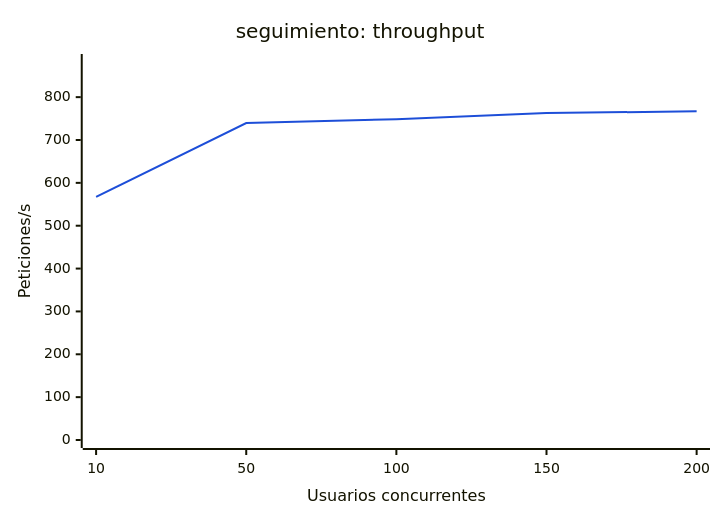
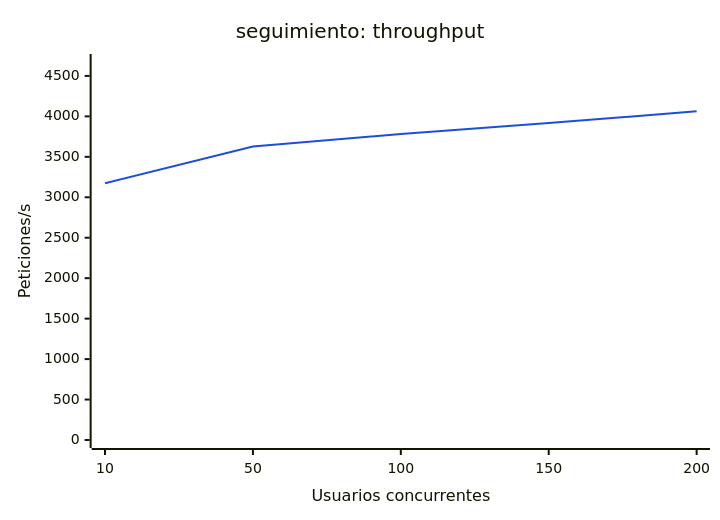
Before and after one commit to JuanVargas0325/Prueba: the third of 6 diagrams in pruebas-carga/resultados/resumen.md, drawn with Mermaid. The commit also changed other lines of this file and 110 other files, not shown here.

````diff
--- a/pruebas-carga/resultados/resumen.md
+++ b/pruebas-carga/resultados/resumen.md
@@ -43,8 +43,8 @@
 ```mermaid
 %%{init: {"themeVariables": {"xyChart": {"plotColorPalette": "#1d4ed8"}}}}%%
 xychart-beta
     title "seguimiento: throughput"
     x-axis "Usuarios concurrentes" [10, 50, 100, 150, 200]
-    y-axis "Peticiones/s" 0 --> 882
-    line [567.4, 739.5, 748.5, 762.9, 766.9]
+    y-axis "Peticiones/s" 0 --> 4672
+    line [3173.5, 3627.0, 3781.3, 3917.7, 4062.9]
 ```
````
